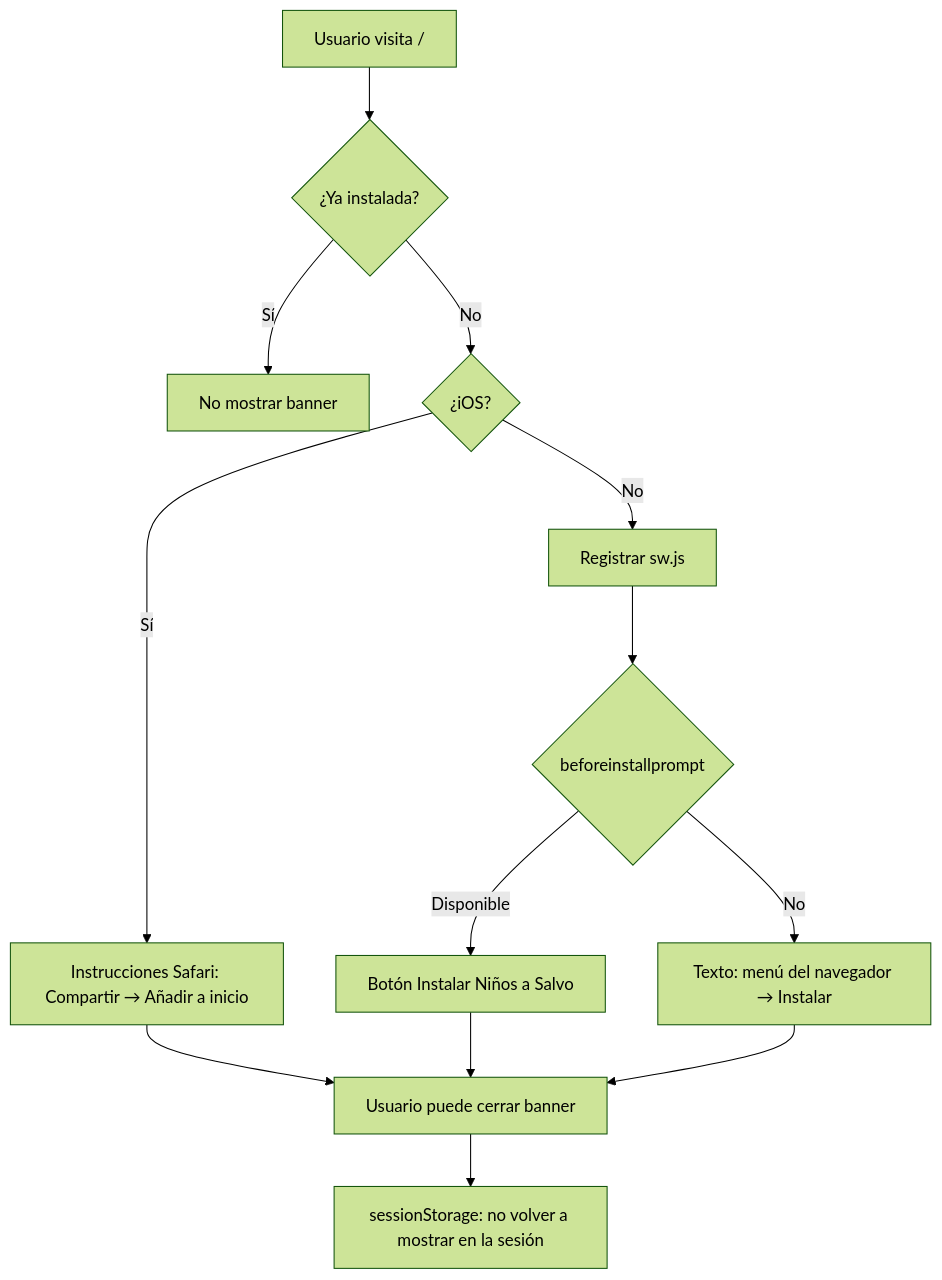
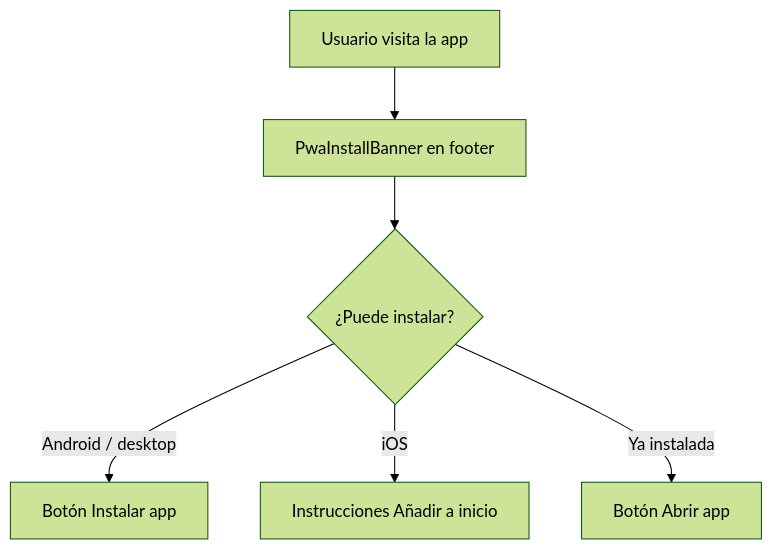
Before and after one commit to Acosta-Armando/ninos-a-salvo: the diagram in docs/flujos/pwa-instalacion.md, drawn with Mermaid (forest theme). The commit also changed other lines of this file and 39 other files, not shown here.

````diff
--- a/docs/flujos/pwa-instalacion.md
+++ b/docs/flujos/pwa-instalacion.md
@@ -12,15 +12,8 @@
 ```mermaid
 flowchart TD
-  A[Usuario visita /] --> B{¿Ya instalada?}
-  B -->|Sí| Z[No mostrar banner]
-  B -->|No| C{¿iOS?}
-  C -->|Sí| D[Instrucciones Safari: Compartir → Añadir a inicio]
-  C -->|No| E[Registrar sw.js]
-  E --> F{beforeinstallprompt}
-  F -->|Disponible| G[Botón Instalar Niños a Salvo]
-  F -->|No| H[Texto: menú del navegador → Instalar]
-  D --> I[Usuario puede cerrar banner]
-  G --> I
-  H --> I
-  I --> J[sessionStorage: no volver a mostrar en la sesión]
+  A[Usuario visita la app] --> B[PwaInstallBanner en footer]
+  B --> C{¿Puede instalar?}
+  C -->|Android / desktop| D[Botón Instalar app]
+  C -->|iOS| E[Instrucciones Añadir a inicio]
+  C -->|Ya instalada| F[Botón Abrir app]
 ```
````
